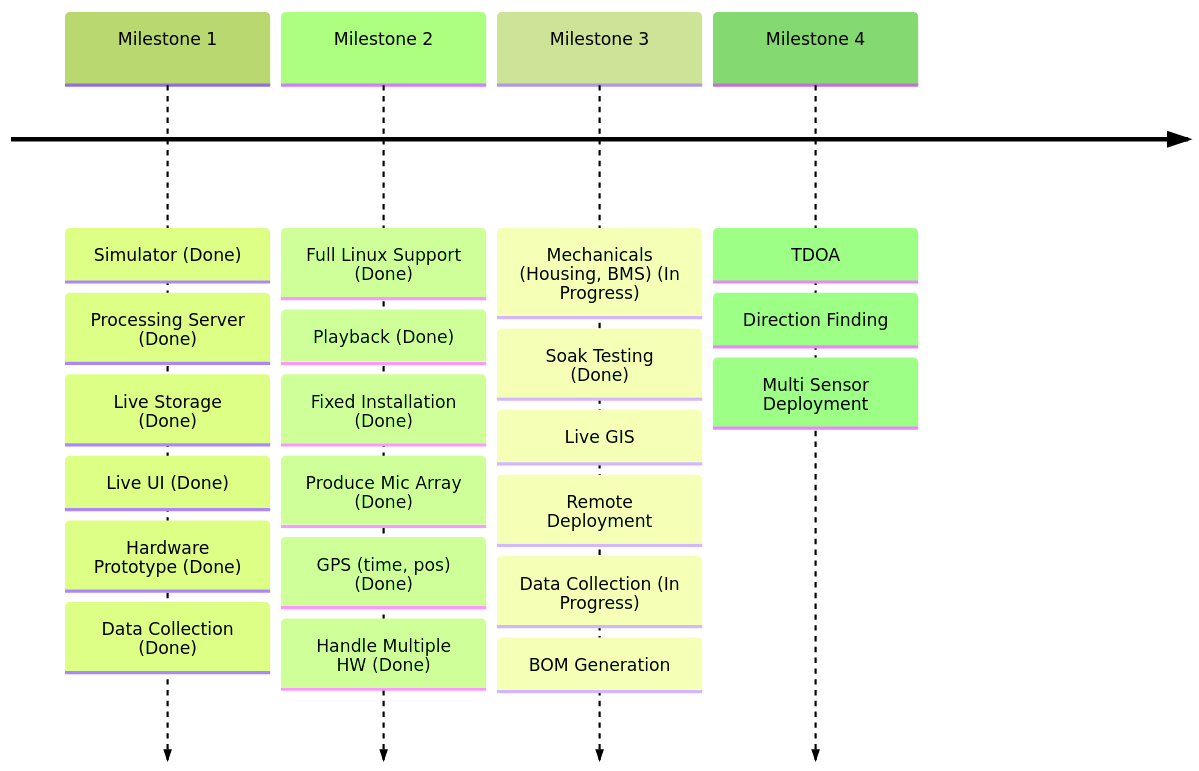
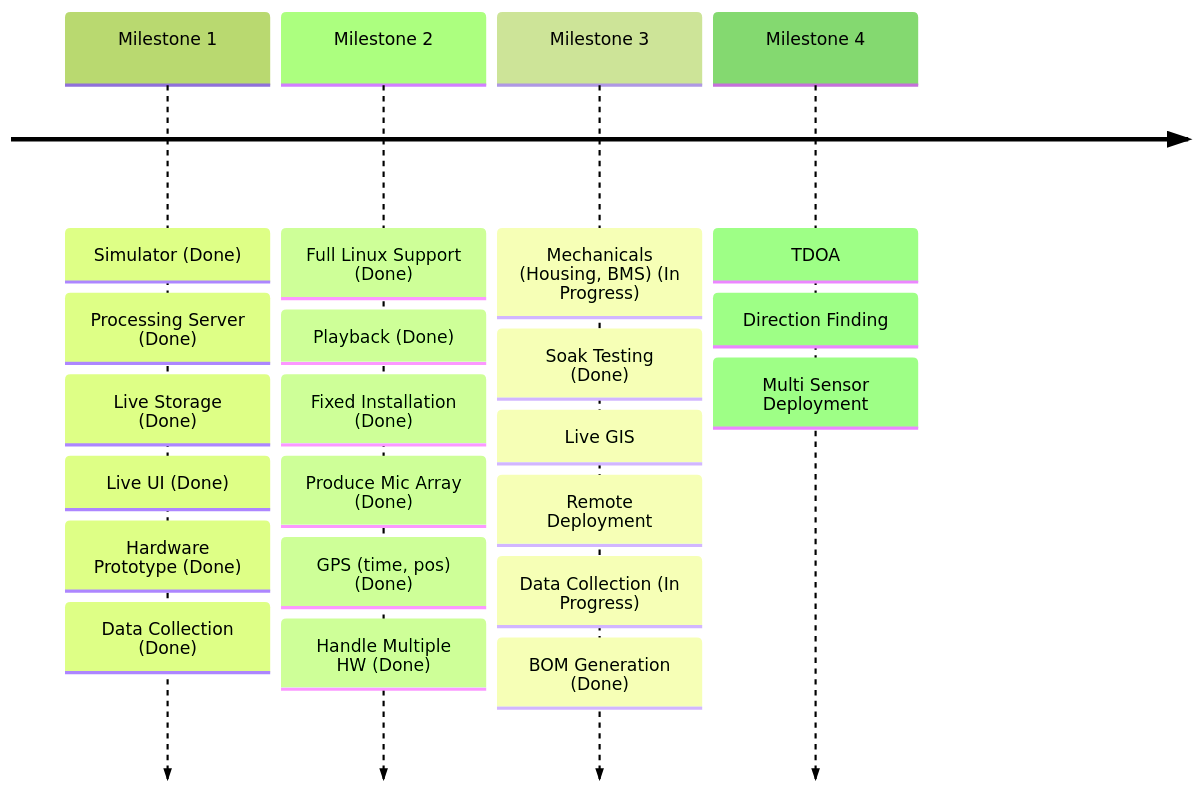
One commit to Sense-Scape/.github changed the second of 2 diagrams in profile/README.md. Above: the diagram before and after it, drawn with Mermaid (forest theme).

````diff
--- a/profile/README.md
+++ b/profile/README.md
@@ -50,9 +50,9 @@
 ``` mermaid
 
 timeline
     Milestone 1 : Simulator (Done) : Processing Server (Done) : Live Storage (Done) : Live UI (Done) : Hardware Prototype (Done) : Data Collection (Done)
     Milestone 2 : Full Linux Support (Done) : Playback (Done) : Fixed Installation (Done) : Produce Mic Array (Done)  : GPS (time, pos) (Done) : Handle Multiple HW (Done)
-    Milestone 3 : Mechanicals (Housing, BMS) (In Progress) : Soak Testing (Done) : Live GIS : Remote Deployment : Data Collection (In Progress) : BOM Generation
+    Milestone 3 : Mechanicals (Housing, BMS) (In Progress) : Soak Testing (Done) : Live GIS : Remote Deployment : Data Collection (In Progress) : BOM Generation (Done)
     Milestone 4 : TDOA : Direction Finding : Multi Sensor Deployment
 
 ```
````
